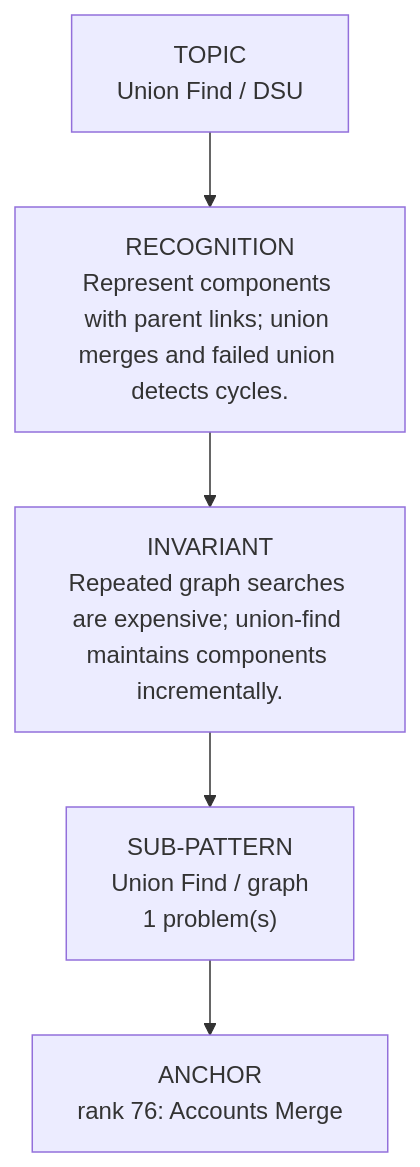
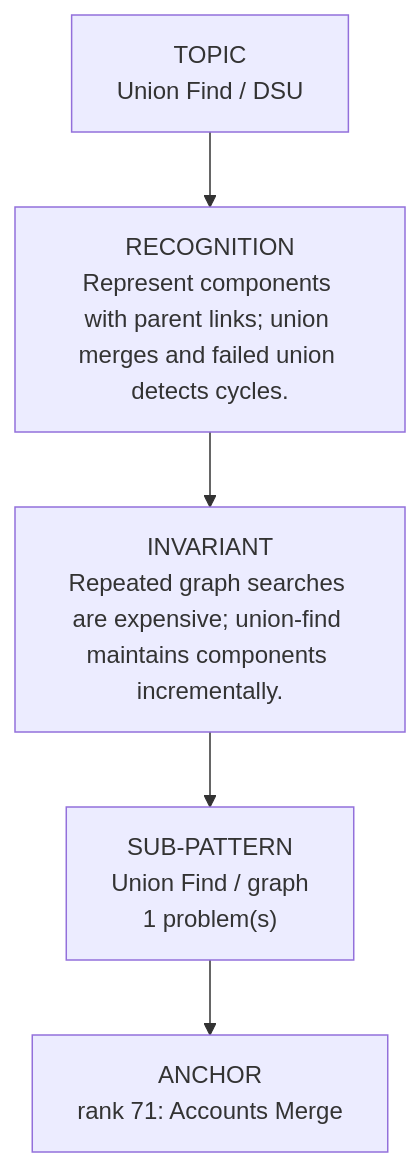
One commit to thechiranjeevjain/DSA10days changed the diagram in dsa-review/interview/patterns/18_union_find.md. Above: the diagram before and after it, drawn with Mermaid. The commit also changed other lines of this file and 61 other files, not shown here.

````diff
--- a/dsa-review/interview/patterns/18_union_find.md
+++ b/dsa-review/interview/patterns/18_union_find.md
@@ -15,9 +15,9 @@
 ```mermaid
 flowchart TD
   Topic["TOPIC<br/>Union Find / DSU"]
   Recognition["RECOGNITION<br/>Represent components with parent links; union merges and failed union detects cycles."]
   Invariant["INVARIANT<br/>Repeated graph searches are expensive; union-find maintains components incrementally."]
   Topic --> Recognition --> Invariant
   Invariant --> Sub01["SUB-PATTERN<br/>Union Find / graph<br/>1 problem(s)"]
-  Sub01 --> Sub01A01["ANCHOR<br/>rank 76: Accounts Merge"]
+  Sub01 --> Sub01A01["ANCHOR<br/>rank 71: Accounts Merge"]
 ```
````
